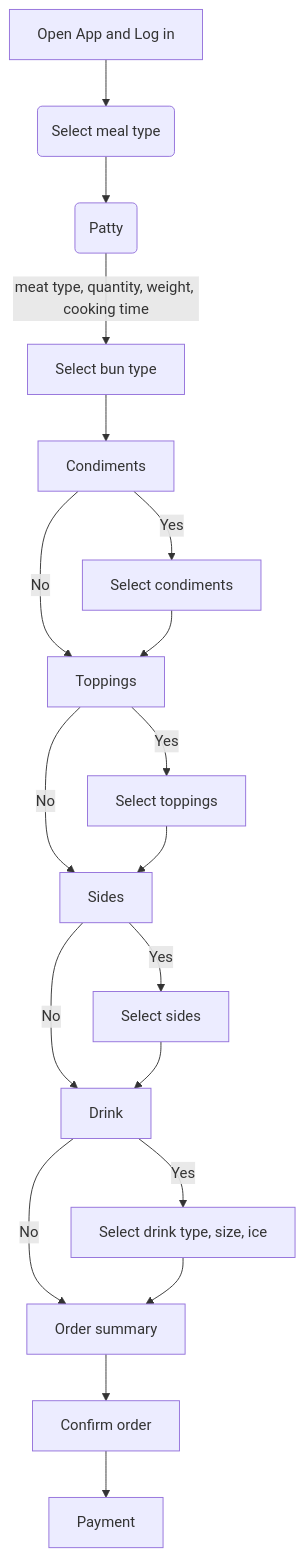
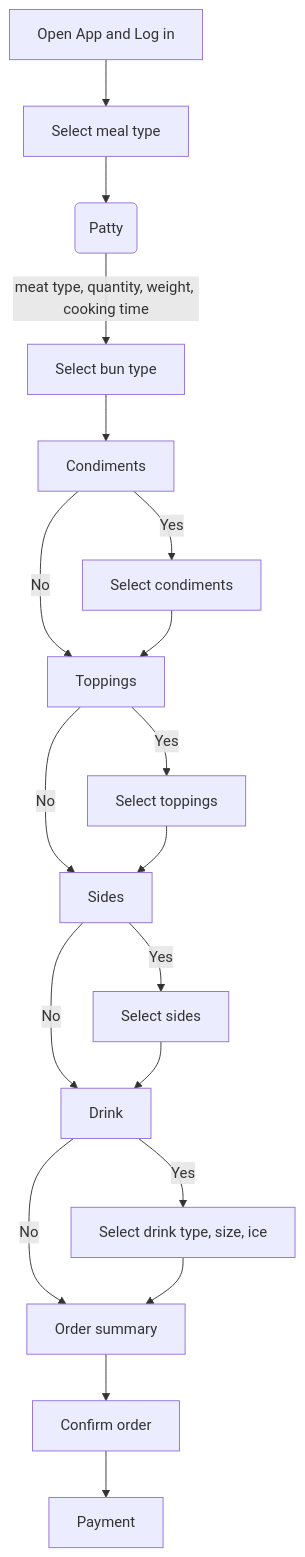
The diagram in student-work/miriam-rosenberg/api-final-project/readme.md (miriam1986/student-showcase), drawn with Mermaid before and after one commit.

````diff
--- a/student-work/miriam-rosenberg/api-final-project/readme.md
+++ b/student-work/miriam-rosenberg/api-final-project/readme.md
@@ -13,23 +13,23 @@
 ```mermaid
 
 flowchart TD
- A[Open App and Log in] --> B(Select meal type)
+ A[Open App and Log in] --> B[Select meal type]
    B --> C(Patty)
    C -->|meat type, quantity, weight, cooking time| D[Select bun type]
    D --> E[Condiments]
    E -->|No| G[Select toppings]
    E -->|Yes| F[Select condiments]
    F --> G[Toppings]
    G -->|No| I[Sides]
    G -->|Yes| H[Select toppings]
    H --> I[Sides]
    I -->|Yes| J[Select sides]
    I -->|No| K[Drink]
   J --> K[Drink]
   K -->|Yes| L[Select drink type, size, ice]
   K -->|No| M[Order summary]
   L --> M[Order summary]
   M --> N[Confirm order]
   N --> O[Payment]
    
 ```
````
